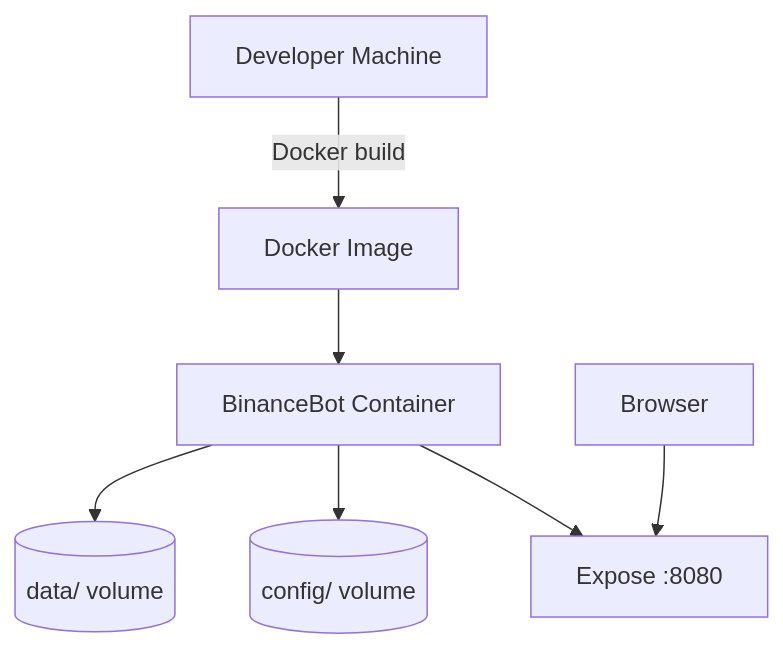
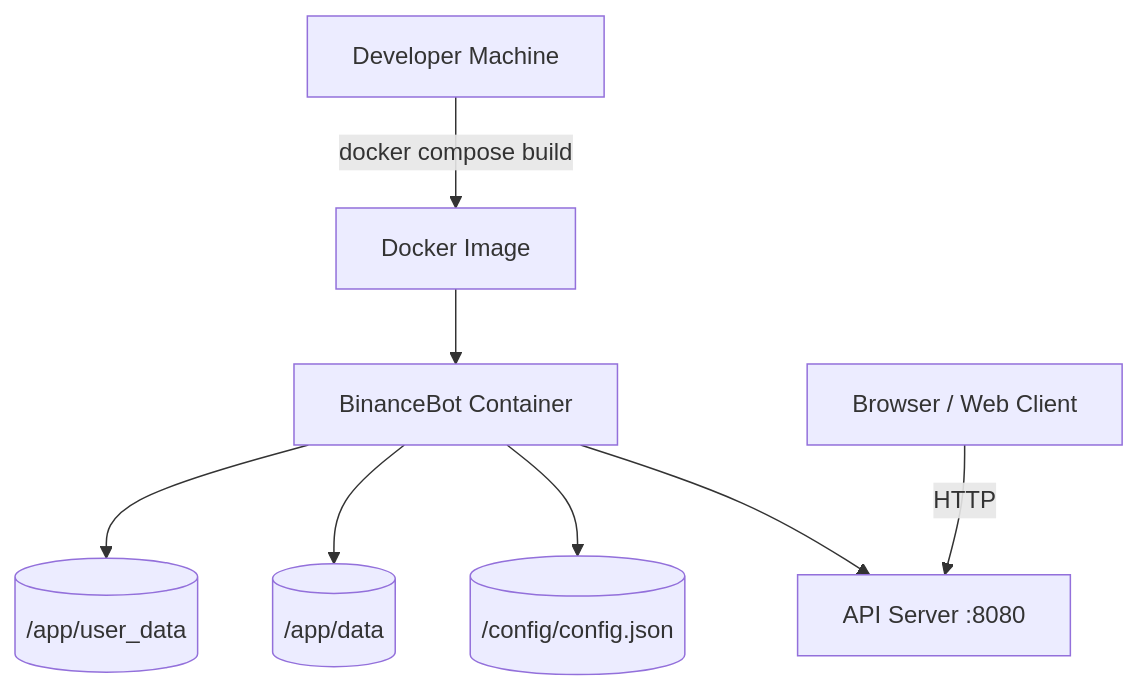
One commit to dangdoday/SE2025-9.4 changed the fourth of 4 diagrams in README.md. Above: the diagram before and after it, drawn with Mermaid. The commit also changed other lines of this file, not shown here.

````diff
--- a/README.md
+++ b/README.md
@@ -152,9 +152,12 @@
 ```mermaid
 flowchart TB
-    Dev[Developer Machine] -->|Docker build| Image[Docker Image]
+    Dev[Developer Machine] -->|docker compose build| Image[Docker Image]
     Image --> Container[BinanceBot Container]
-    Container --> API8080[Expose :8080]
-    Container --> VolConfig[(config/ volume)]
-    Container --> VolData[(data/ volume)]
-    UIClient[Browser] --> API8080
+
+    Container --> API8080[API Server :8080]
+    Container --> VolConfig[(/config/config.json)]
+    Container --> VolData[(/app/data)]
+    Container --> VolUserData[(/app/user_data)]
+
+    Browser[Browser / Web Client] -->|HTTP| API8080
 ```
````
